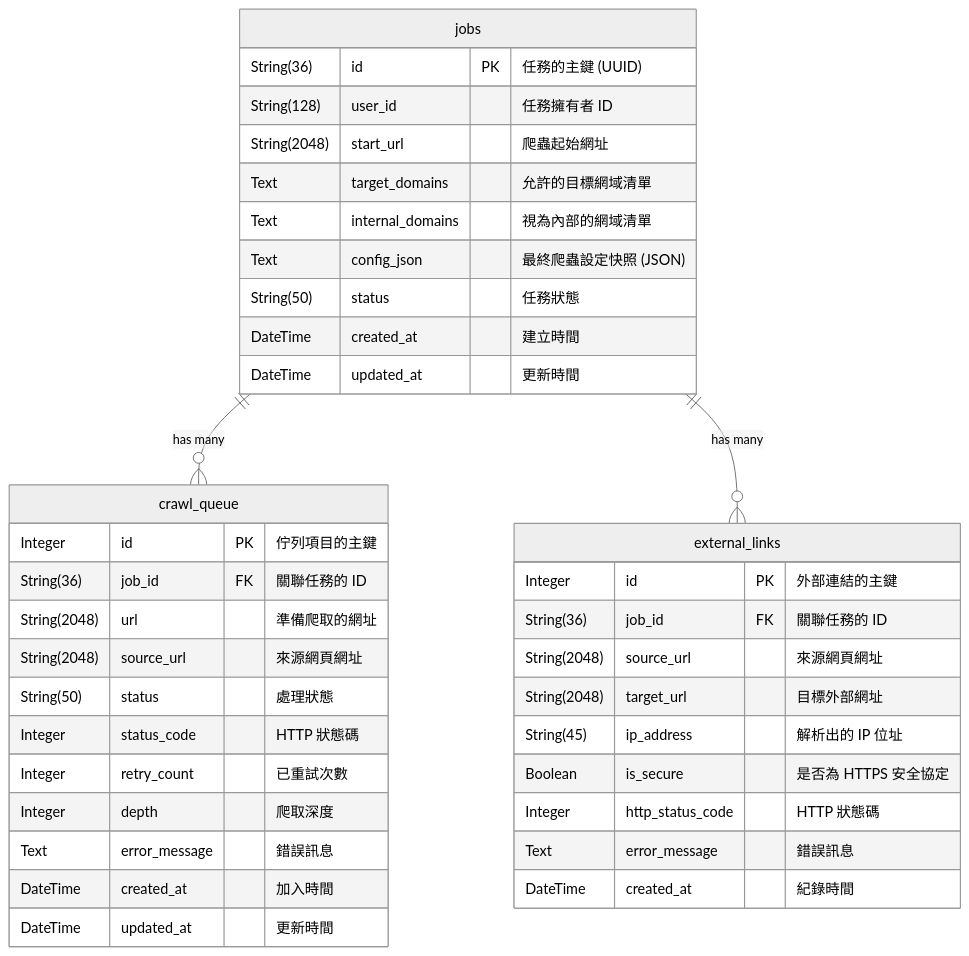
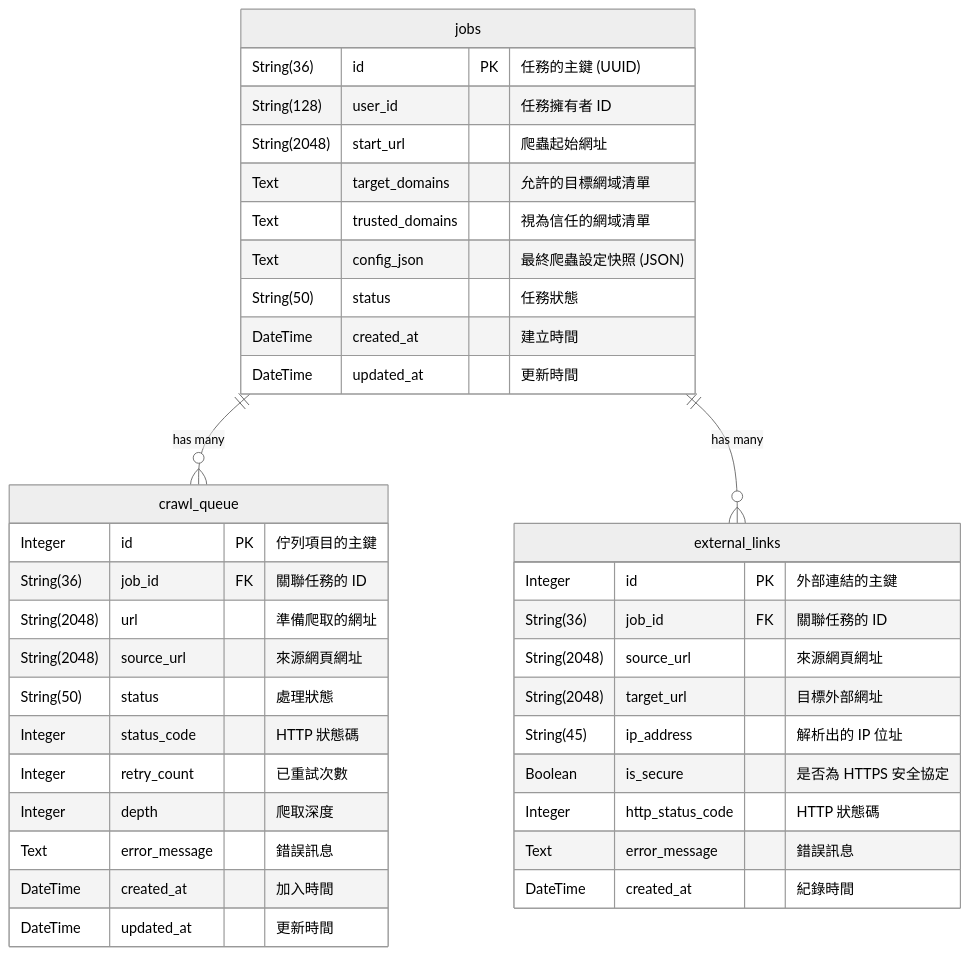
Before and after one commit to mfhsieh/link-checker: the second of 2 diagrams in doc/db_schema.md, drawn with Mermaid (neutral theme). The commit also changed other lines of this file and 35 other files, not shown here.

````diff
--- a/doc/db_schema.md
+++ b/doc/db_schema.md
@@ -151,43 +151,43 @@
 ```mermaid
 erDiagram
     jobs ||--o{ crawl_queue : "has many"
     jobs ||--o{ external_links : "has many"
 
     jobs {
         String(36) id PK "任務的主鍵 (UUID)"
         String(128) user_id "任務擁有者 ID"
         String(2048) start_url "爬蟲起始網址"
         Text target_domains "允許的目標網域清單"
-        Text internal_domains "視為內部的網域清單"
+        Text trusted_domains "視為信任的網域清單"
         Text config_json "最終爬蟲設定快照 (JSON)"
         String(50) status "任務狀態"
         DateTime created_at "建立時間"
         DateTime updated_at "更新時間"
     }
 
     crawl_queue {
         Integer id PK "佇列項目的主鍵"
         String(36) job_id FK "關聯任務的 ID"
         String(2048) url "準備爬取的網址"
         String(2048) source_url "來源網頁網址"
         String(50) status "處理狀態"
         Integer status_code "HTTP 狀態碼"
         Integer retry_count "已重試次數"
         Integer depth "爬取深度"
         Text error_message "錯誤訊息"
         DateTime created_at "加入時間"
         DateTime updated_at "更新時間"
     }
 
     external_links {
         Integer id PK "外部連結的主鍵"
         String(36) job_id FK "關聯任務的 ID"
         String(2048) source_url "來源網頁網址"
         String(2048) target_url "目標外部網址"
         String(45) ip_address "解析出的 IP 位址"
         Boolean is_secure "是否為 HTTPS 安全協定"
         Integer http_status_code "HTTP 狀態碼"
         Text error_message "錯誤訊息"
         DateTime created_at "紀錄時間"
     }
 ```
````
